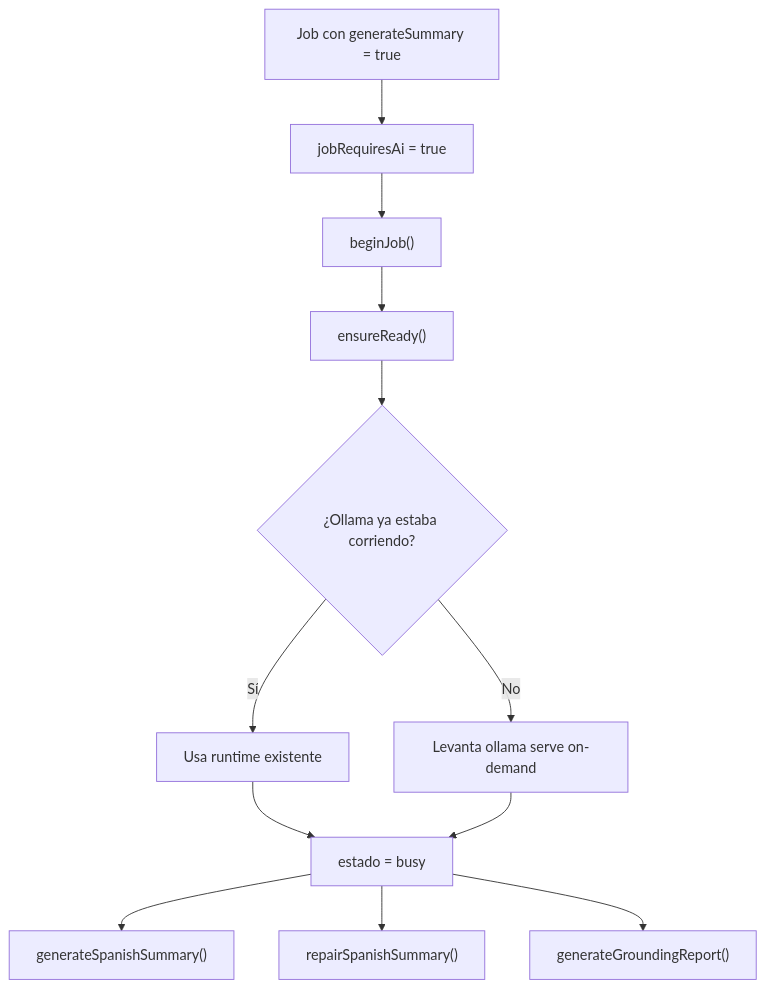
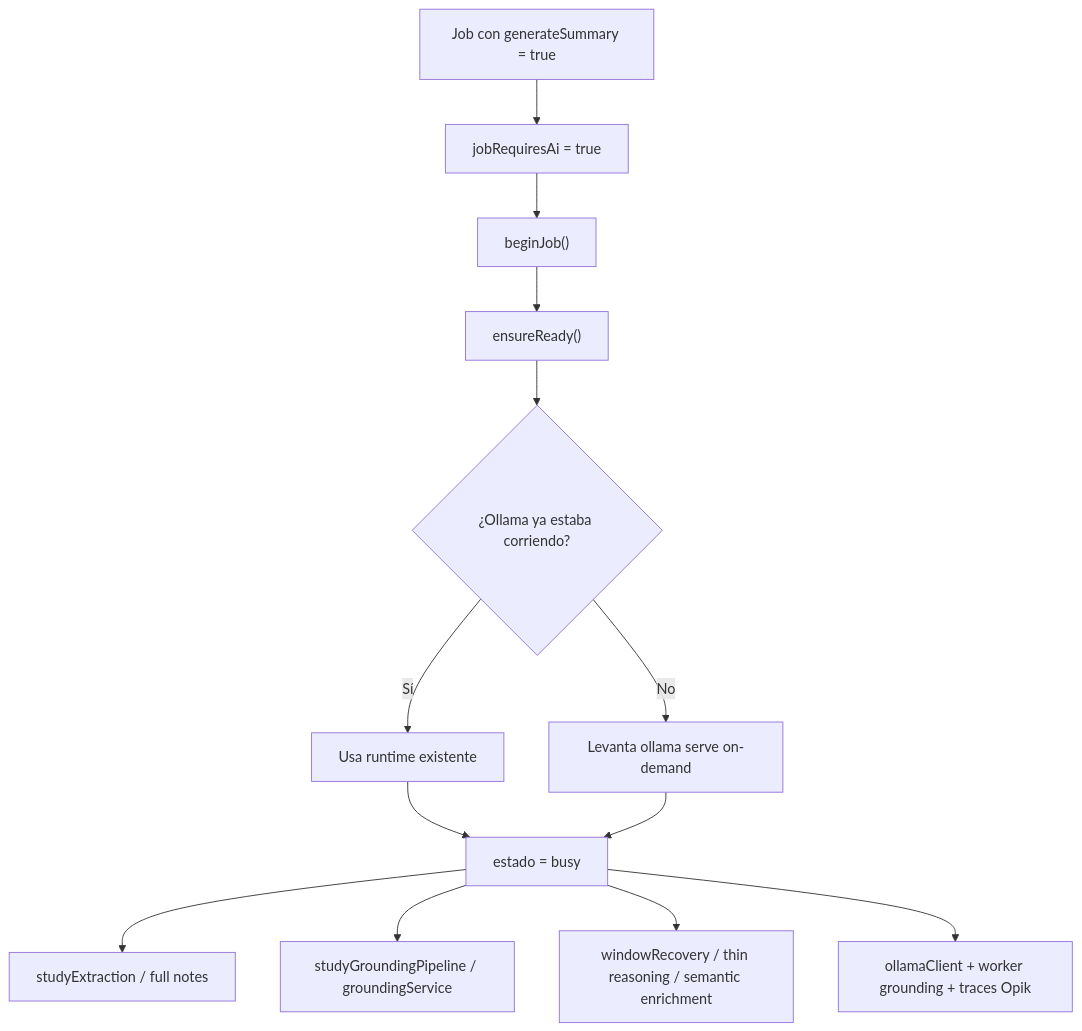
One commit to Luis-Leonidas-Fernandez/video-summary changed the third of 8 diagrams in docs/ai-runtime-lifecycle.md. Above: the diagram before and after it, drawn with Mermaid. The commit also changed other lines of this file, not shown here.

Commit message:
docs: update runtime lifecycle flow

````diff
--- a/docs/ai-runtime-lifecycle.md
+++ b/docs/ai-runtime-lifecycle.md
@@ -48,15 +61,16 @@
 ```mermaid
 flowchart TD
     A["Job con generateSummary = true"] --> B["jobRequiresAi = true"]
     B --> C["beginJob()"]
     C --> D["ensureReady()"]
     D --> E{"¿Ollama ya estaba corriendo?"}
     E -- "Sí" --> F["Usa runtime existente"]
     E -- "No" --> G["Levanta ollama serve on-demand"]
     F --> H["estado = busy"]
     G --> H
 
-    H --> I["generateSpanishSummary()"]
-    H --> J["repairSpanishSummary()"]
-    H --> K["generateGroundingReport()"]
+    H --> I["studyExtraction / full notes"]
+    H --> J["studyGroundingPipeline / groundingService"]
+    H --> K["windowRecovery / thin reasoning / semantic enrichment"]
+    H --> L["ollamaClient + worker grounding + traces Opik"]
 ```
````
